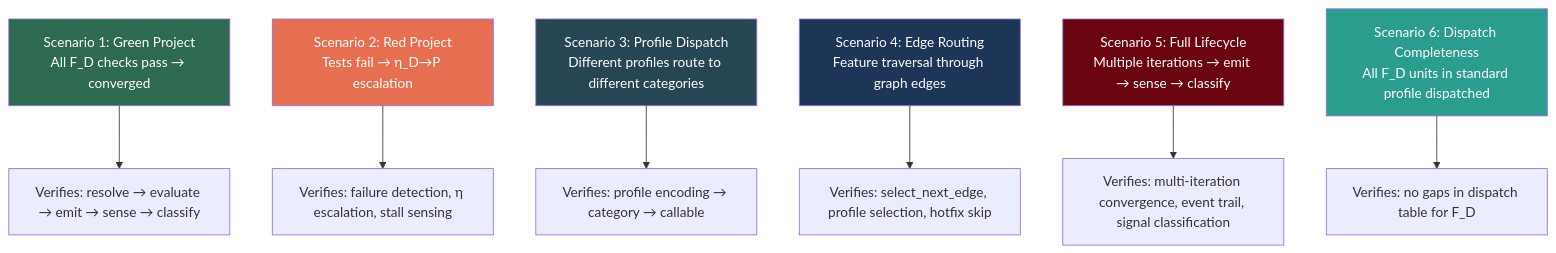
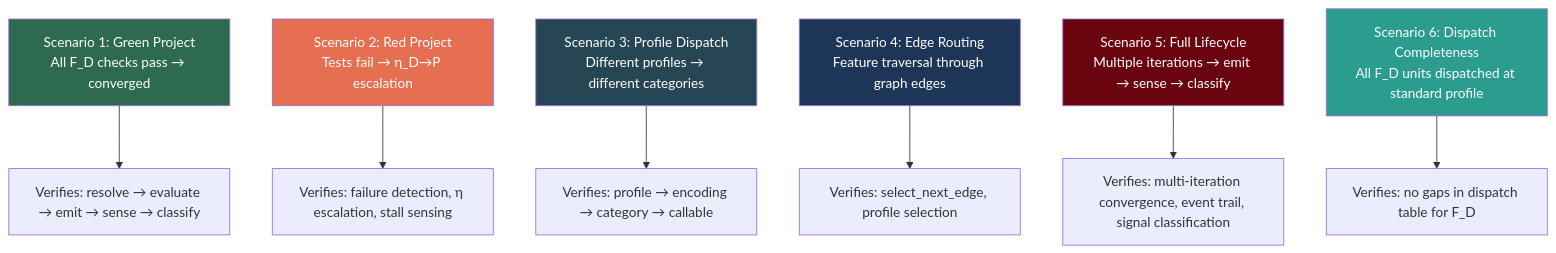
Before and after one commit to foolishimp/ai_sdlc_method: diagram 19 of 19 in imp_claude/design/FUNCTOR_FRAMEWORK_DESIGN.md, drawn with Mermaid. The commit also changed other lines of this file, not shown here.

````diff
--- a/imp_claude/design/FUNCTOR_FRAMEWORK_DESIGN.md
+++ b/imp_claude/design/FUNCTOR_FRAMEWORK_DESIGN.md
@@ -982,23 +1175,23 @@
 ```mermaid
 graph TD
     S1["Scenario 1: Green Project<br/>All F_D checks pass → converged"]
     S2["Scenario 2: Red Project<br/>Tests fail → η_D→P escalation"]
-    S3["Scenario 3: Profile Dispatch<br/>Different profiles route to different categories"]
+    S3["Scenario 3: Profile Dispatch<br/>Different profiles → different categories"]
     S4["Scenario 4: Edge Routing<br/>Feature traversal through graph edges"]
     S5["Scenario 5: Full Lifecycle<br/>Multiple iterations → emit → sense → classify"]
-    S6["Scenario 6: Dispatch Completeness<br/>All F_D units in standard profile dispatched"]
+    S6["Scenario 6: Dispatch Completeness<br/>All F_D units dispatched at standard profile"]
 
     S1 --> V1["Verifies: resolve → evaluate → emit → sense → classify"]
     S2 --> V2["Verifies: failure detection, η escalation, stall sensing"]
-    S3 --> V3["Verifies: profile encoding → category → callable"]
-    S4 --> V4["Verifies: select_next_edge, profile selection, hotfix skip"]
+    S3 --> V3["Verifies: profile → encoding → category → callable"]
+    S4 --> V4["Verifies: select_next_edge, profile selection"]
     S5 --> V5["Verifies: multi-iteration convergence, event trail, signal classification"]
     S6 --> V6["Verifies: no gaps in dispatch table for F_D"]
 
     style S1 fill:#2d6a4f,color:#fff
     style S2 fill:#e76f51,color:#fff
     style S3 fill:#264653,color:#fff
     style S4 fill:#1d3557,color:#fff
     style S5 fill:#6a040f,color:#fff
     style S6 fill:#2a9d8f,color:#fff
 ```
````
